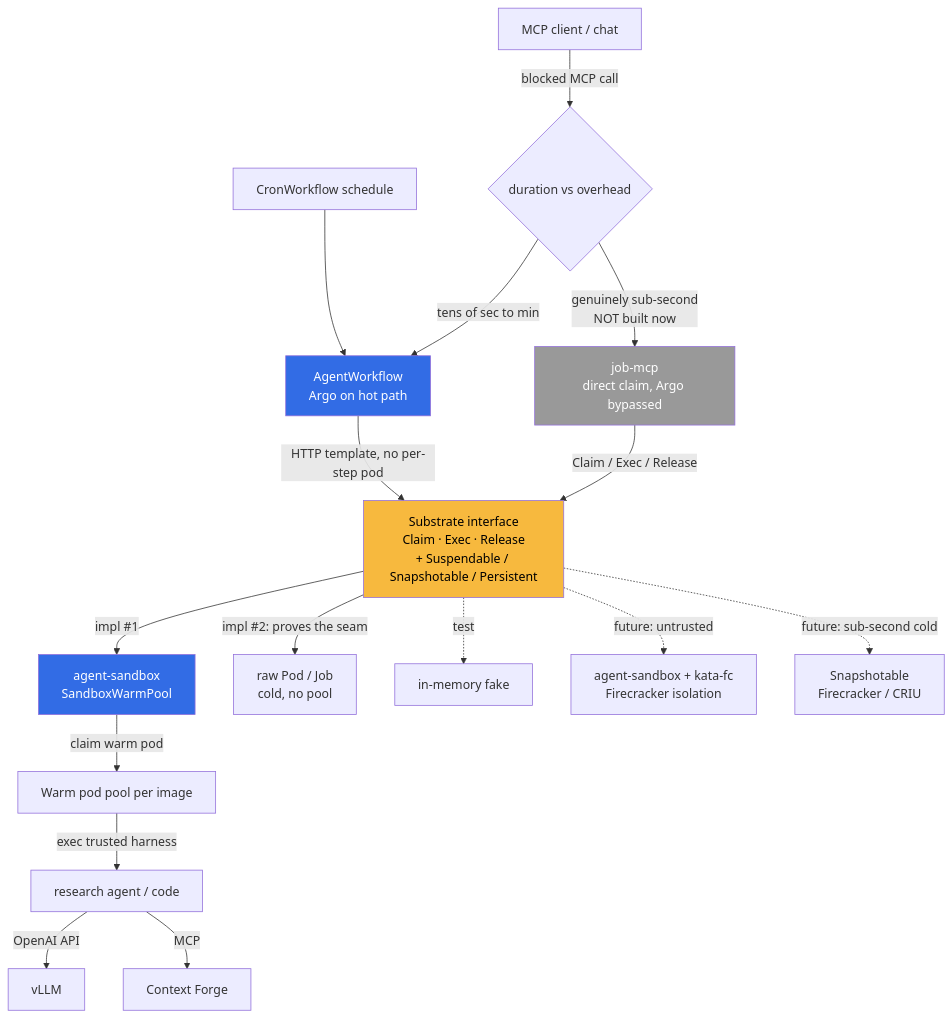
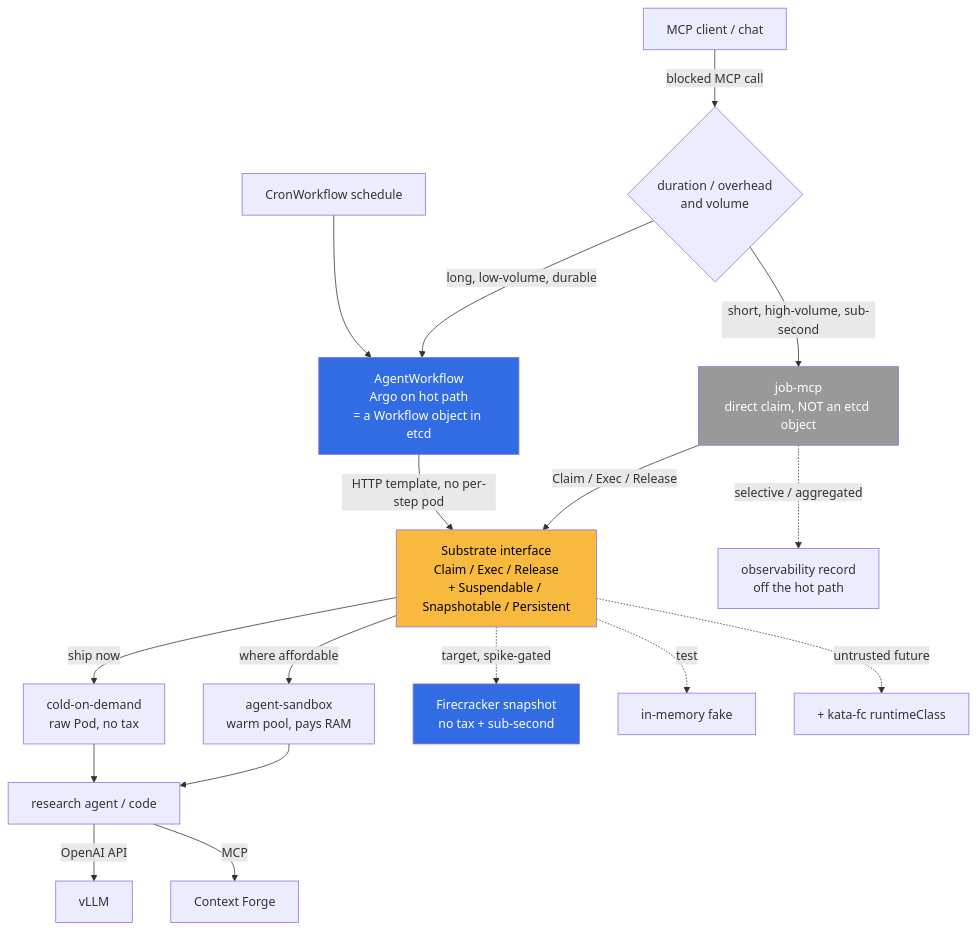
The diagram in docs/decisions/agents/019-substrate-executor-agentworkflow.md (jomcgi-org/homelab), drawn with Mermaid before and after one commit. The commit also changed other lines of this file, not shown here.

First line of the commit message:
docs(adr): expand ADR 019 with etcd ceiling, executor sequence, spikes

````diff
--- a/docs/decisions/agents/019-substrate-executor-agentworkflow.md
+++ b/docs/decisions/agents/019-substrate-executor-agentworkflow.md
@@ -74,30 +79,31 @@
 ```mermaid
 graph TB
-    Chat[MCP client / chat] -->|blocked MCP call| Dispatch
+    Chat[MCP client / chat] -->|blocked MCP call| Router
     Cron[CronWorkflow schedule] --> AW
-    Dispatch{duration vs overhead}
 
-    Dispatch -->|tens of sec to min| AW[AgentWorkflow<br/>Argo on hot path]
-    Dispatch -->|genuinely sub-second<br/>NOT built now| JM[job-mcp<br/>direct claim, Argo bypassed]
+    Router{duration / overhead<br/>and volume}
+    Router -->|long, low-volume, durable| AW[AgentWorkflow<br/>Argo on hot path<br/>= a Workflow object in etcd]
+    Router -->|short, high-volume, sub-second| JM[job-mcp<br/>direct claim, NOT an etcd object]
 
     AW -->|HTTP template, no per-step pod| Substrate
     JM -->|Claim / Exec / Release| Substrate
+    JM -.->|selective / aggregated| Mirror[observability record<br/>off the hot path]
 
-    Substrate[Substrate interface<br/>Claim · Exec · Release<br/>+ Suspendable / Snapshotable / Persistent]
+    Substrate[Substrate interface<br/>Claim / Exec / Release<br/>+ Suspendable / Snapshotable / Persistent]
 
-    Substrate -->|impl #1| AS[agent-sandbox<br/>SandboxWarmPool]
-    Substrate -->|impl #2: proves the seam| Pod[raw Pod / Job<br/>cold, no pool]
+    Substrate -->|ship now| Cold[cold-on-demand<br/>raw Pod, no tax]
+    Substrate -->|where affordable| Warm[agent-sandbox<br/>warm pool, pays RAM]
+    Substrate -.->|target, spike-gated| Snap[Firecracker snapshot<br/>no tax + sub-second]
     Substrate -.->|test| Fake[in-memory fake]
-    Substrate -.->|future: untrusted| Kata[agent-sandbox + kata-fc<br/>Firecracker isolation]
-    Substrate -.->|future: sub-second cold| Snap[Snapshotable<br/>Firecracker / CRIU]
+    Substrate -.->|untrusted future| Kata[+ kata-fc runtimeClass]
 
-    AS -->|claim warm pod| Pool[Warm pod pool per image]
-    Pool -->|exec trusted harness| Work[research agent / code]
+    Cold --> Work[research agent / code]
+    Warm --> Work
     Work -->|OpenAI API| VLLM[vLLM]
     Work -->|MCP| Forge[Context Forge]
 
     style Substrate fill:#F7B93E,color:#000
     style AW fill:#326CE5,color:#fff
-    style AS fill:#326CE5,color:#fff
+    style Snap fill:#326CE5,color:#fff
     style JM fill:#999,color:#fff
 ```
````
